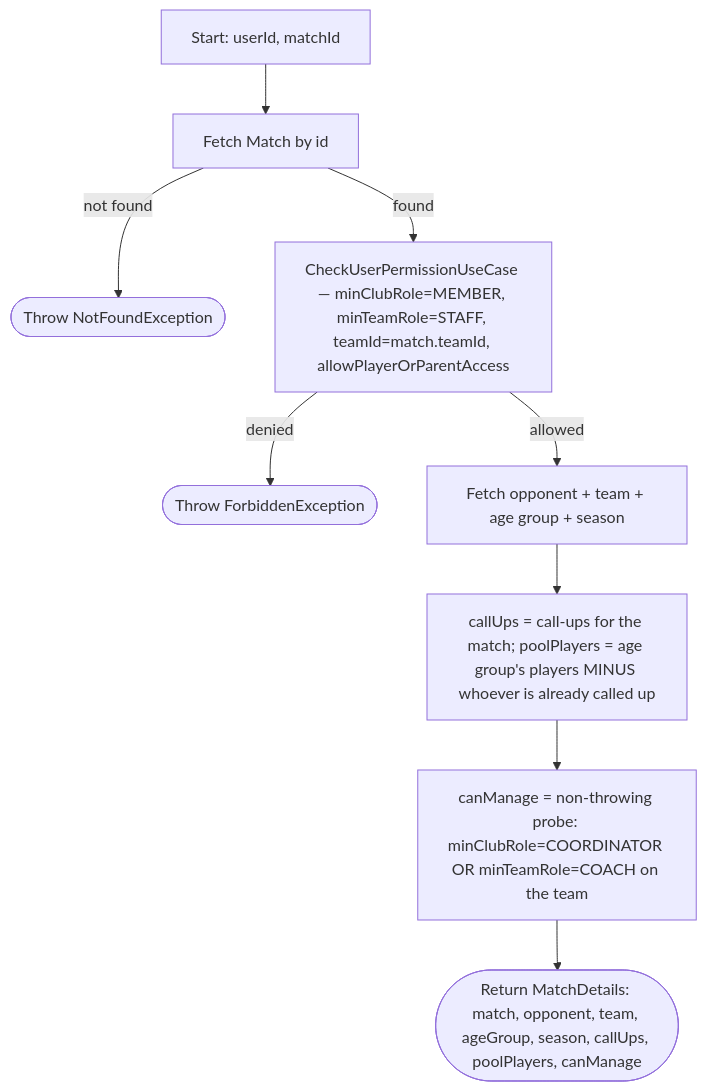
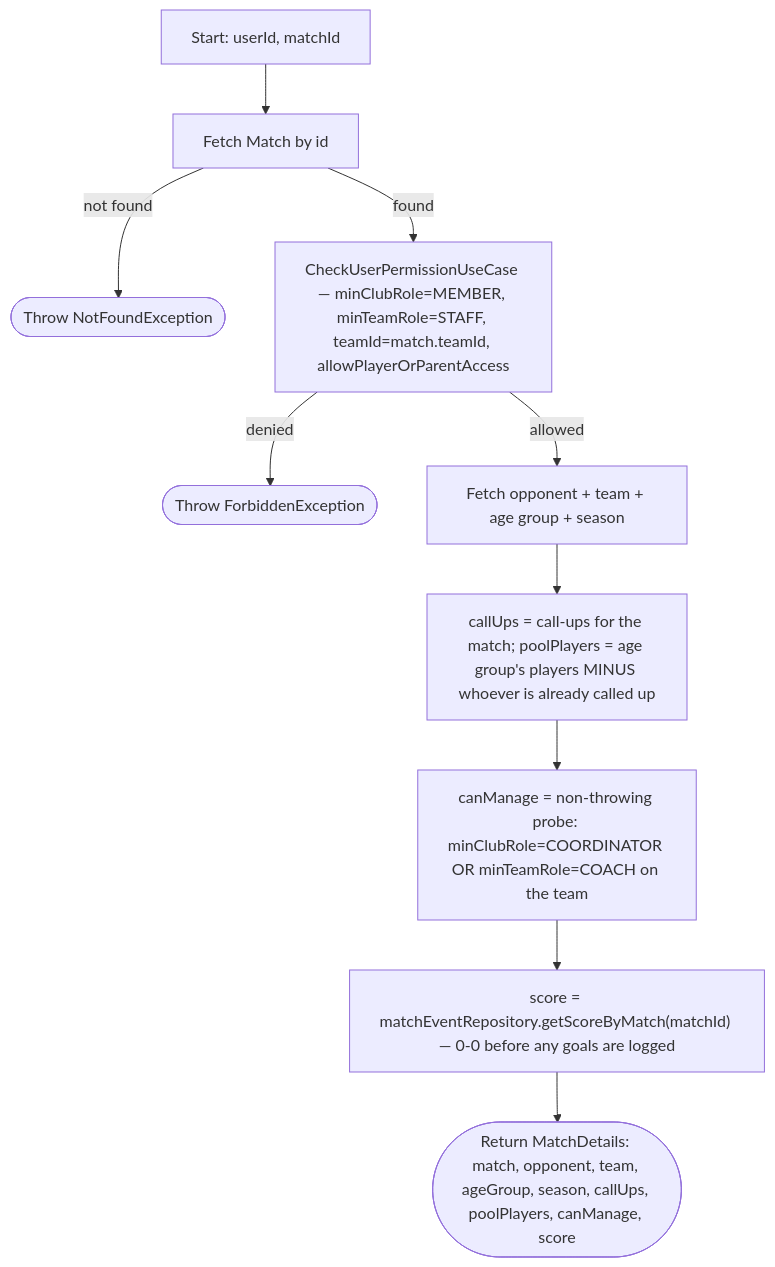
Before and after one commit to ricardofrango/squadify: diagram 32 of 45 in PROCESS_FLOWS.md, drawn with Mermaid. The commit also changed other lines of this file and 8 other files, not shown here.

First line of the commit message:
Fix match details screen for finished/live matches

````diff
--- a/PROCESS_FLOWS.md
+++ b/PROCESS_FLOWS.md
@@ -667,11 +667,12 @@
 ```mermaid
 graph TD
     A[Start: userId, matchId] --> B[Fetch Match by id]
     B -- not found --> N(["Throw NotFoundException"])
     B -- found --> C[CheckUserPermissionUseCase — minClubRole=MEMBER, minTeamRole=STAFF, teamId=match.teamId, allowPlayerOrParentAccess]
     C -- denied --> F(["Throw ForbiddenException"])
     C -- allowed --> D[Fetch opponent + team + age group + season]
     D --> E["callUps = call-ups for the match; poolPlayers = age group's players MINUS whoever is already called up"]
     E --> G["canManage = non-throwing probe: minClubRole=COORDINATOR OR minTeamRole=COACH on the team"]
-    G --> Z(["Return MatchDetails: match, opponent, team, ageGroup, season, callUps, poolPlayers, canManage"])
+    G --> H["score = matchEventRepository.getScoreByMatch(matchId) — 0-0 before any goals are logged"]
+    H --> Z(["Return MatchDetails: match, opponent, team, ageGroup, season, callUps, poolPlayers, canManage, score"])
 ```
````
